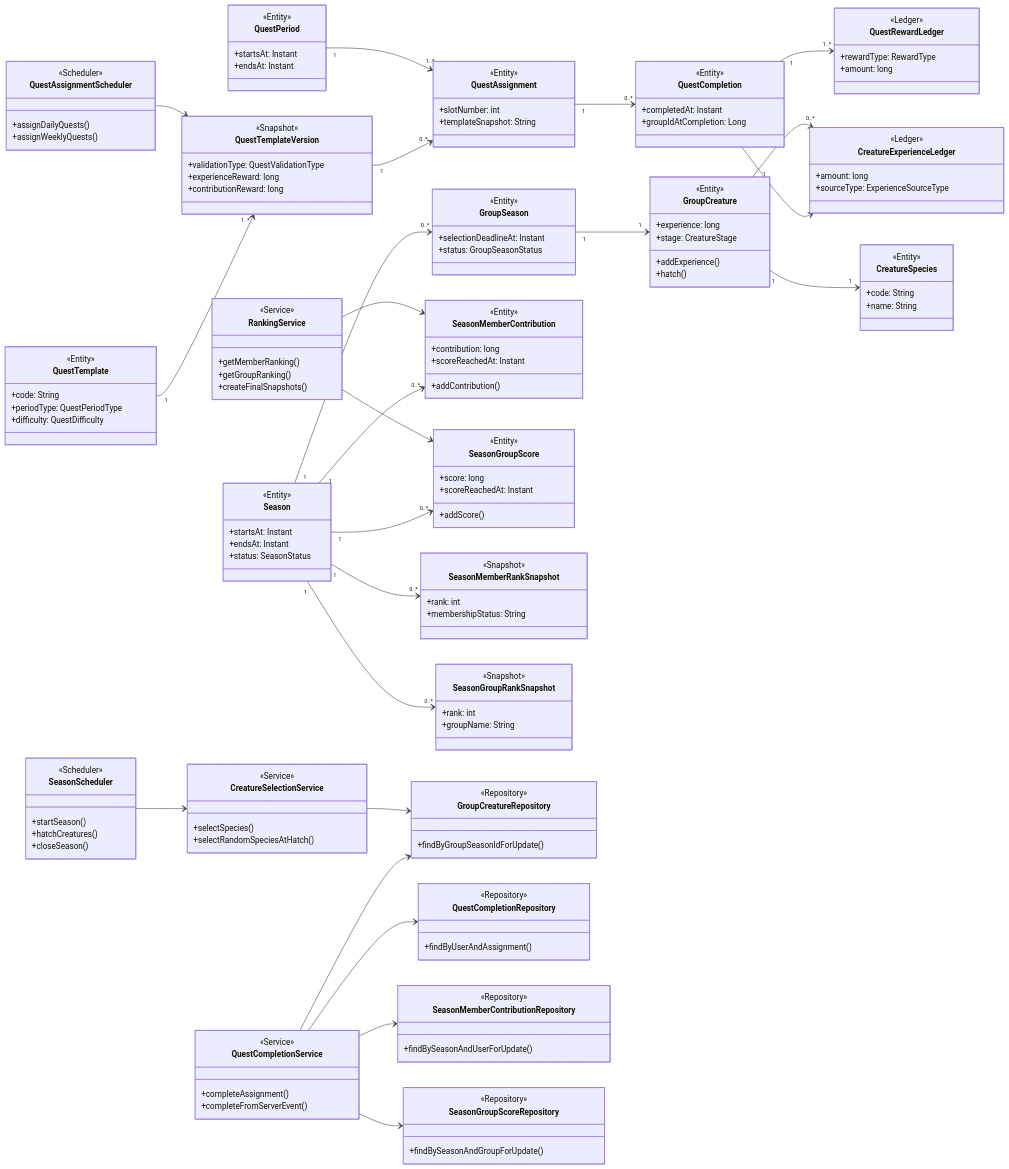
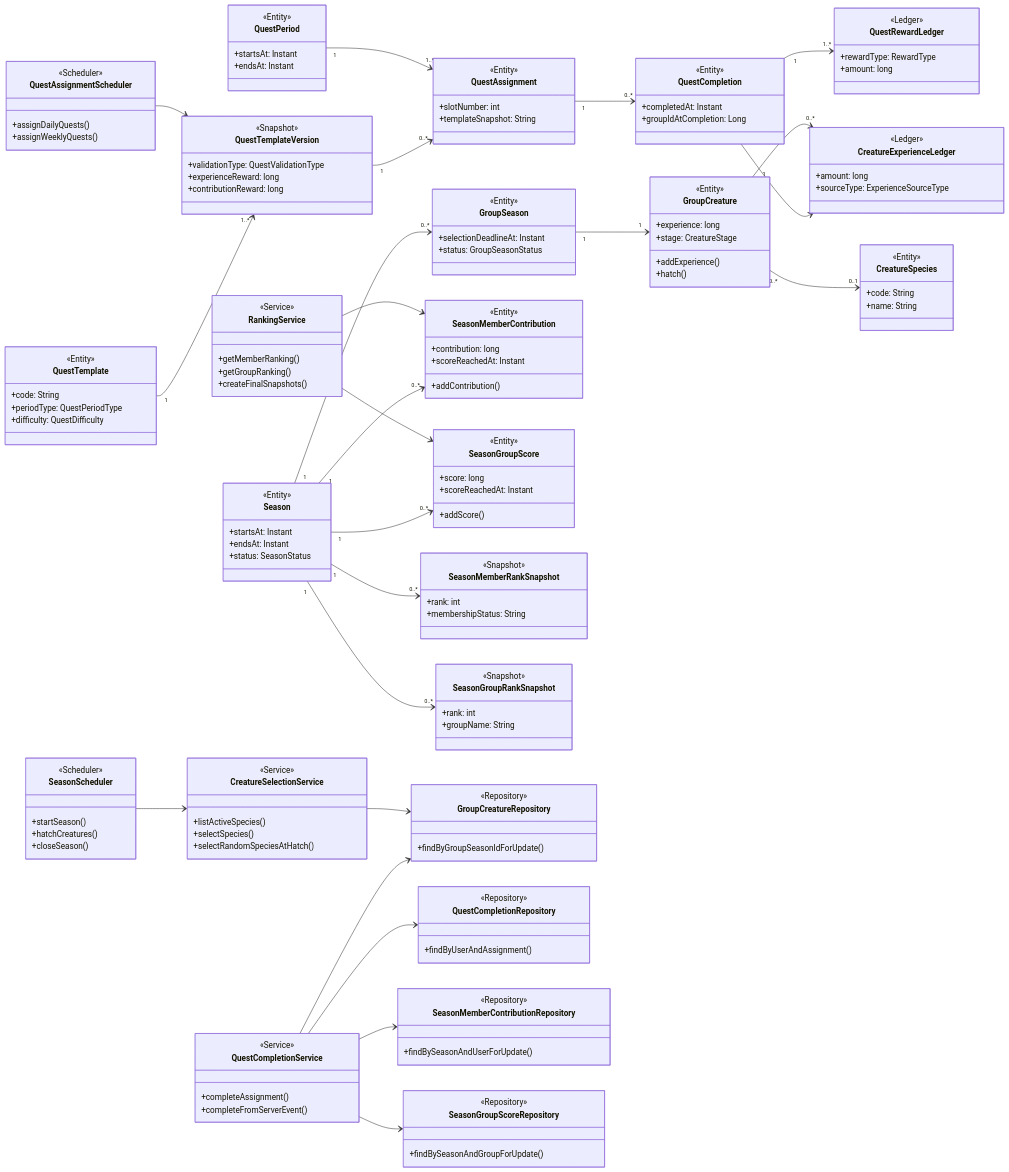
One commit to heebaek200/shared-creature-game changed the second of 4 diagrams in docs/class-diagram.md. Above: the diagram before and after it, drawn with Mermaid. The commit also changed other lines of this file and 16 other files, not shown here.

```diff
--- a/docs/class-diagram.md
+++ b/docs/class-diagram.md
@@ -203,6 +206,7 @@
     }
     class CreatureSelectionService {
         <<Service>>
+        +listActiveSpecies()
         +selectSpecies()
         +selectRandomSpeciesAtHatch()
     }
@@ -327,7 +331,7 @@
     RankingService --> SeasonGroupScore
     Season "1" --> "0..*" GroupSeason
     GroupSeason "1" --> "1" GroupCreature
-    GroupCreature "1" --> "1" CreatureSpecies
+    GroupCreature "0..*" --> "0..1" CreatureSpecies
     GroupCreature "1" --> "0..*" CreatureExperienceLedger
     QuestTemplate "1" --> "1..*" QuestTemplateVersion
     QuestPeriod "1" --> "1..*" QuestAssignment
```
